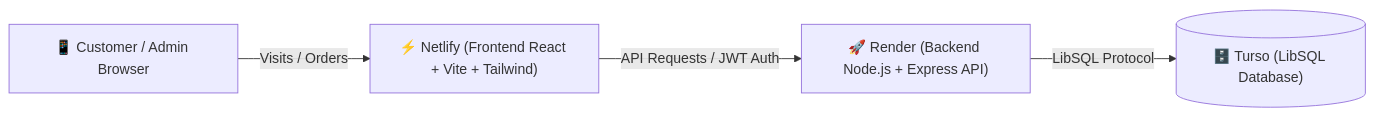
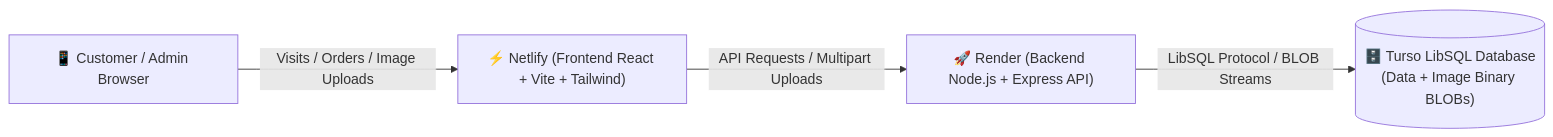
One commit to podcasterclips40-a11y/kashif-sanitary changed the diagram in README.md. Above: the diagram before and after it, drawn with Mermaid. The commit also changed other lines of this file and 9 other files, not shown here.

Commit message:
Store product and category cover images as BLOBs in Turso database

````diff
--- a/README.md
+++ b/README.md
@@ -110,11 +110,11 @@
 ```mermaid
 flowchart LR
     Customer["📱 Customer / Admin Browser"]
     Netlify["⚡ Netlify (Frontend React + Vite + Tailwind)"]
     Render["🚀 Render (Backend Node.js + Express API)"]
-    Turso[("🗄️ Turso (LibSQL Database)")]
+    Turso[("🗄️ Turso LibSQL Database\n(Data + Image Binary BLOBs)")]
 
-    Customer -->|Visits / Orders| Netlify
-    Netlify -->|API Requests / JWT Auth| Render
-    Render -->|LibSQL Protocol| Turso
+    Customer -->|Visits / Orders / Image Uploads| Netlify
+    Netlify -->|API Requests / Multipart Uploads| Render
+    Render -->|LibSQL Protocol / BLOB Streams| Turso
 ```
````
